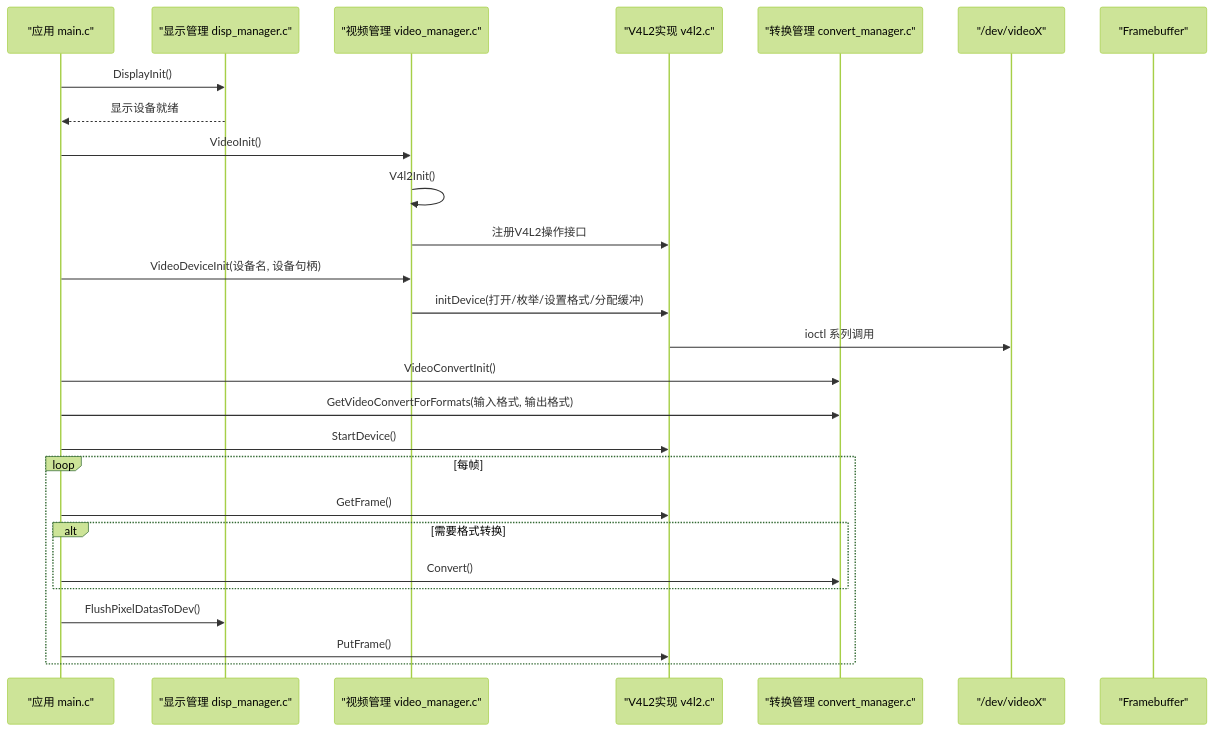
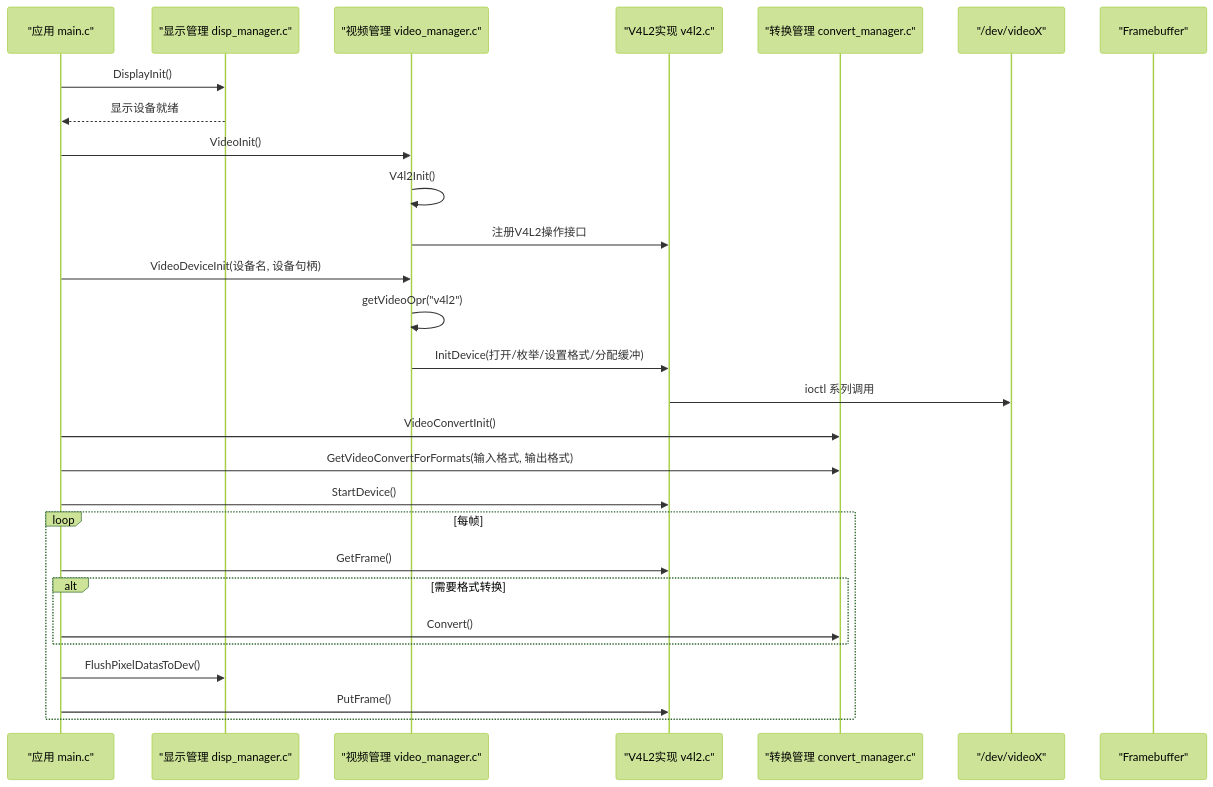
Before and after one commit to yhzpy/myLinuxCamera: the second of 5 diagrams in .qoder/repowiki/zh/content/视频采集模块/视频设备管理器.md, drawn with Mermaid (forest theme). The commit also changed other lines of this file and 17 other files, not shown here.

````diff
--- a/.qoder/repowiki/zh/content/视频采集模块/视频设备管理器.md
+++ b/.qoder/repowiki/zh/content/视频采集模块/视频设备管理器.md
@@ -85,29 +98,30 @@
 ```mermaid
 sequenceDiagram
 participant App as "应用 main.c"
 participant Disp as "显示管理 disp_manager.c"
 participant Vid as "视频管理 video_manager.c"
 participant V4L2 as "V4L2实现 v4l2.c"
 participant Conv as "转换管理 convert_manager.c"
 participant Dev as "/dev/videoX"
 participant FB as "Framebuffer"
 App->>Disp : DisplayInit()
 Disp-->>App : 显示设备就绪
 App->>Vid : VideoInit()
 Vid->>Vid : V4l2Init()
 Vid->>V4L2 : 注册V4L2操作接口
 App->>Vid : VideoDeviceInit(设备名, 设备句柄)
-Vid->>V4L2 : initDevice(打开/枚举/设置格式/分配缓冲)
+Vid->>Vid : getVideoOpr("v4l2")
+Vid->>V4L2 : InitDevice(打开/枚举/设置格式/分配缓冲)
 V4L2->>Dev : ioctl 系列调用
 App->>Conv : VideoConvertInit()
 App->>Conv : GetVideoConvertForFormats(输入格式, 输出格式)
 App->>V4L2 : StartDevice()
 loop 每帧
 App->>V4L2 : GetFrame()
 alt 需要格式转换
 App->>Conv : Convert()
 end
 App->>Disp : FlushPixelDatasToDev()
 App->>V4L2 : PutFrame()
 end
 ```
````
